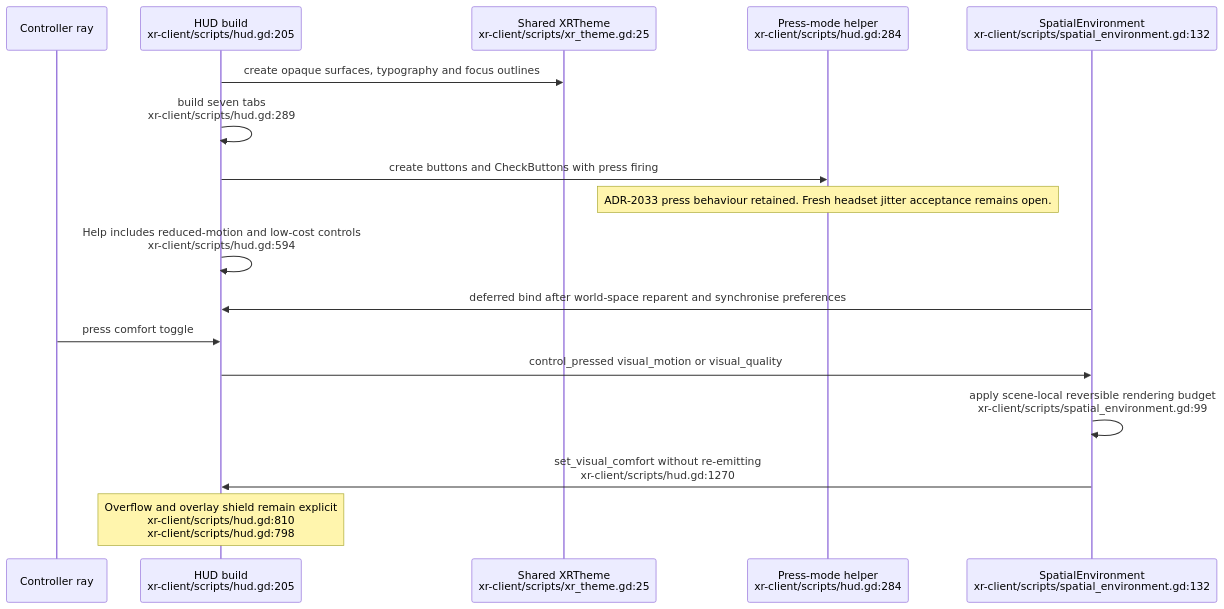
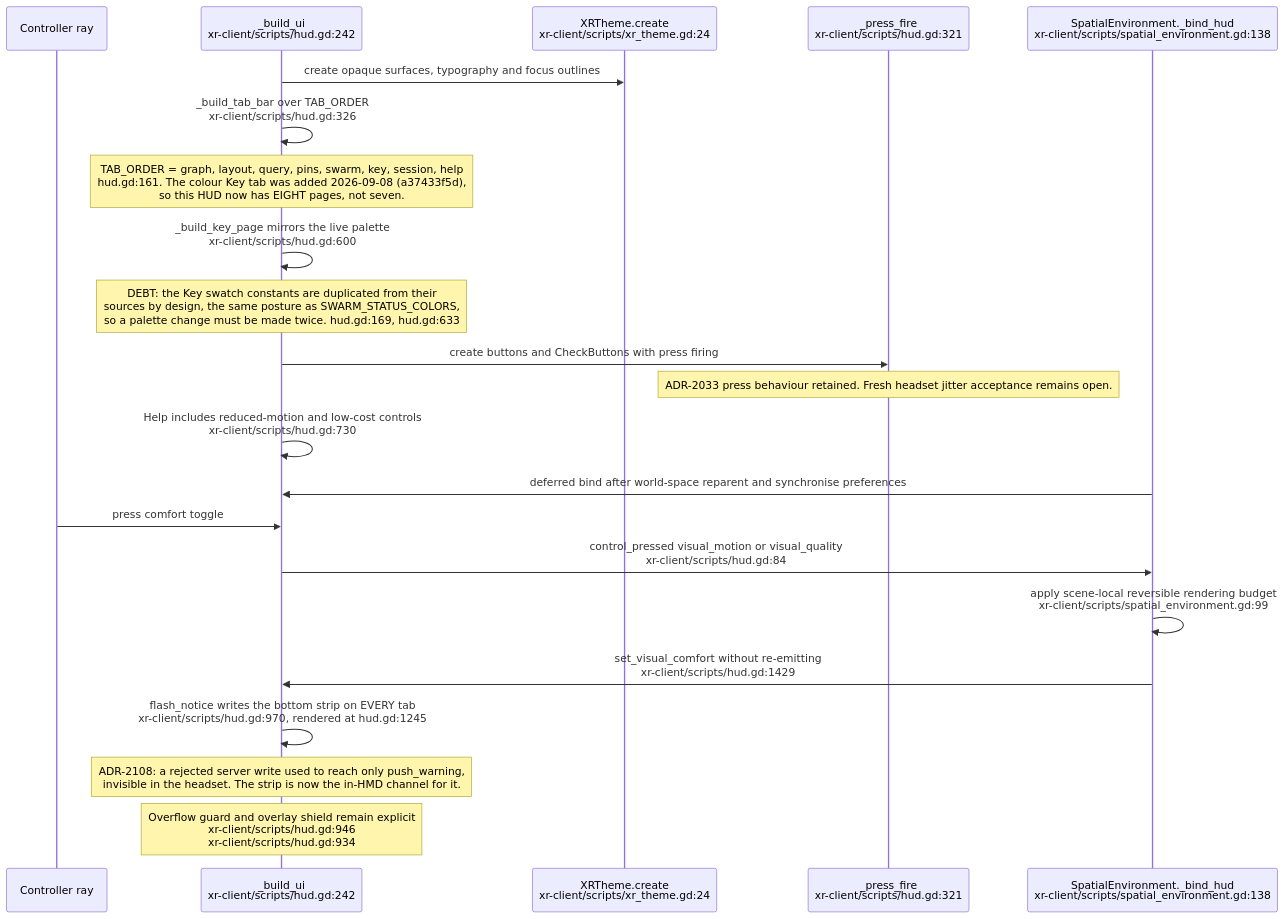
The eighth of 24 diagrams in docs/diagrams/visionclaw/36-godot-xr-client.md (DreamLab-AI/VisionFlow), drawn with Mermaid before and after one commit. The commit also changed other lines of this file and 32 other files, not shown here.

````diff
--- a/docs/diagrams/visionclaw/36-godot-xr-client.md
+++ b/docs/diagrams/visionclaw/36-godot-xr-client.md
@@ -380,19 +391,24 @@
 ```mermaid
 sequenceDiagram
     participant W as Controller ray
-    participant HUD as HUD build<br/>xr-client/scripts/hud.gd:205
-    participant Theme as Shared XRTheme<br/>xr-client/scripts/xr_theme.gd:25
-    participant Press as Press-mode helper<br/>xr-client/scripts/hud.gd:284
-    participant Env as SpatialEnvironment<br/>xr-client/scripts/spatial_environment.gd:132
+    participant HUD as _build_ui<br/>xr-client/scripts/hud.gd:242
+    participant Theme as XRTheme.create<br/>xr-client/scripts/xr_theme.gd:24
+    participant Press as _press_fire<br/>xr-client/scripts/hud.gd:321
+    participant Env as SpatialEnvironment._bind_hud<br/>xr-client/scripts/spatial_environment.gd:138
     HUD->>Theme: create opaque surfaces, typography and focus outlines
-    HUD->>HUD: build seven tabs<br/>xr-client/scripts/hud.gd:289
+    HUD->>HUD: _build_tab_bar over TAB_ORDER<br/>xr-client/scripts/hud.gd:326
+    Note over HUD: TAB_ORDER = graph, layout, query, pins, swarm, key, session, help<br/>hud.gd:161. The colour Key tab was added 2026-09-08 (a37433f5d),<br/>so this HUD now has EIGHT pages, not seven.
+    HUD->>HUD: _build_key_page mirrors the live palette<br/>xr-client/scripts/hud.gd:600
+    Note over HUD: DEBT: the Key swatch constants are duplicated from their<br/>sources by design, the same posture as SWARM_STATUS_COLORS,<br/>so a palette change must be made twice. hud.gd:169, hud.gd:633
     HUD->>Press: create buttons and CheckButtons with press firing
     Note over Press: ADR-2033 press behaviour retained. Fresh headset jitter acceptance remains open.
-    HUD->>HUD: Help includes reduced-motion and low-cost controls<br/>xr-client/scripts/hud.gd:594
+    HUD->>HUD: Help includes reduced-motion and low-cost controls<br/>xr-client/scripts/hud.gd:730
     Env->>HUD: deferred bind after world-space reparent and synchronise preferences
     W->>HUD: press comfort toggle
-    HUD->>Env: control_pressed visual_motion or visual_quality
+    HUD->>Env: control_pressed visual_motion or visual_quality<br/>xr-client/scripts/hud.gd:84
     Env->>Env: apply scene-local reversible rendering budget<br/>xr-client/scripts/spatial_environment.gd:99
-    Env->>HUD: set_visual_comfort without re-emitting<br/>xr-client/scripts/hud.gd:1270
-    Note over HUD: Overflow and overlay shield remain explicit<br/>xr-client/scripts/hud.gd:810<br/>xr-client/scripts/hud.gd:798
+    Env->>HUD: set_visual_comfort without re-emitting<br/>xr-client/scripts/hud.gd:1429
+    HUD->>HUD: flash_notice writes the bottom strip on EVERY tab<br/>xr-client/scripts/hud.gd:970, rendered at hud.gd:1245
+    Note over HUD: ADR-2108: a rejected server write used to reach only push_warning,<br/>invisible in the headset. The strip is now the in-HMD channel for it.
+    Note over HUD: Overflow guard and overlay shield remain explicit<br/>xr-client/scripts/hud.gd:946<br/>xr-client/scripts/hud.gd:934
 ```
````
